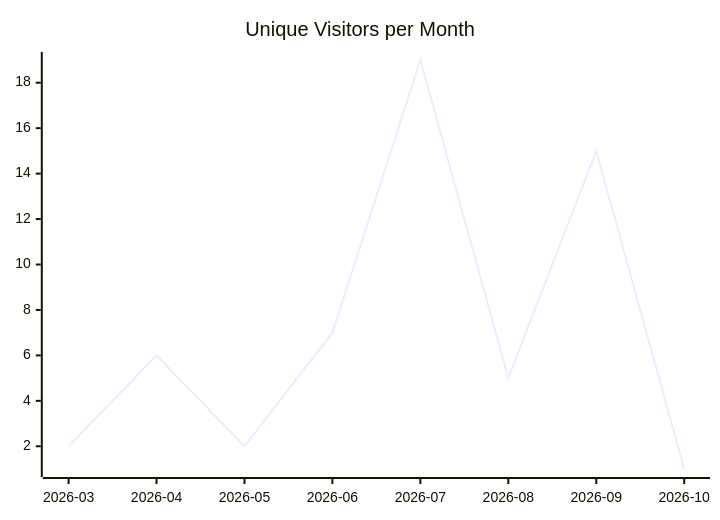
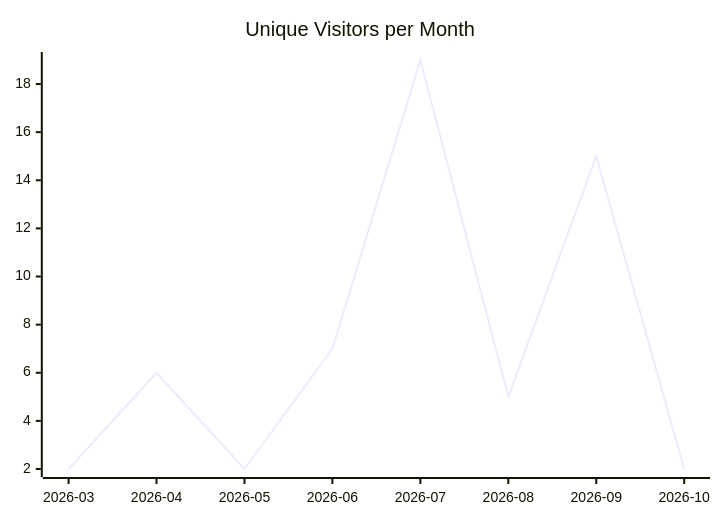
One commit to justdavis-family/github-analytics-data changed the first of 3 diagrams in karlmdavis/fhir-benchmarks/README.md. Above: the diagram before and after it, drawn with Mermaid. The commit also changed other lines of this file and 200 other files, not shown here.

````diff
--- a/karlmdavis/fhir-benchmarks/README.md
+++ b/karlmdavis/fhir-benchmarks/README.md
@@ -5,6 +5,6 @@
 ```mermaid
 xychart-beta
   title "Unique Visitors per Month"
   x-axis ["2026-03", "2026-04", "2026-05", "2026-06", "2026-07", "2026-08", "2026-09", "2026-10"]
-  line [2, 6, 2, 7, 19, 5, 15, 1]
+  line [2, 6, 2, 7, 19, 5, 15, 2]
 ```
````
